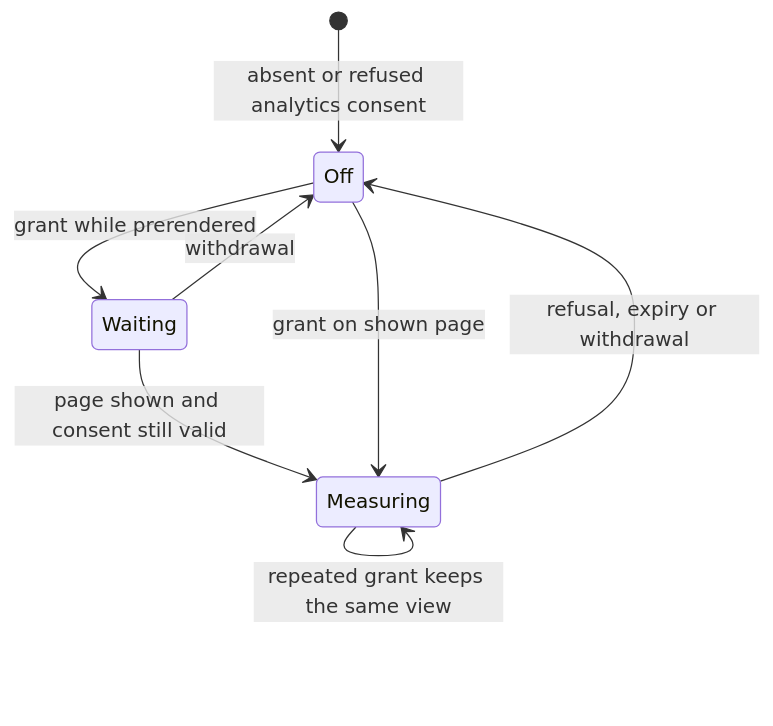
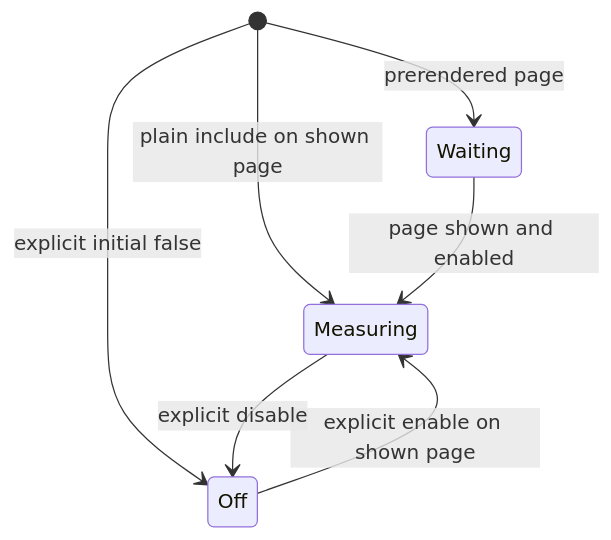
Before and after one commit to lustoykov/hallvi: the second of 2 diagrams in docs/design/traffic.md, drawn with Mermaid. The commit also changed other lines of this file and 19 other files, not shown here.

````diff
--- a/docs/design/traffic.md
+++ b/docs/design/traffic.md
@@ -289,10 +292,9 @@
 ```mermaid
 stateDiagram-v2
-  [*] --> Off: absent or refused analytics consent
-  Off --> Waiting: grant while prerendered
-  Waiting --> Measuring: page shown and consent still valid
-  Waiting --> Off: withdrawal
-  Off --> Measuring: grant on shown page
-  Measuring --> Off: refusal, expiry or withdrawal
-  Measuring --> Measuring: repeated grant keeps the same view
+  [*] --> Measuring: plain include on shown page
+  [*] --> Off: explicit initial false
+  [*] --> Waiting: prerendered page
+  Waiting --> Measuring: page shown and enabled
+  Off --> Measuring: explicit enable on shown page
+  Measuring --> Off: explicit disable
 ```
````
